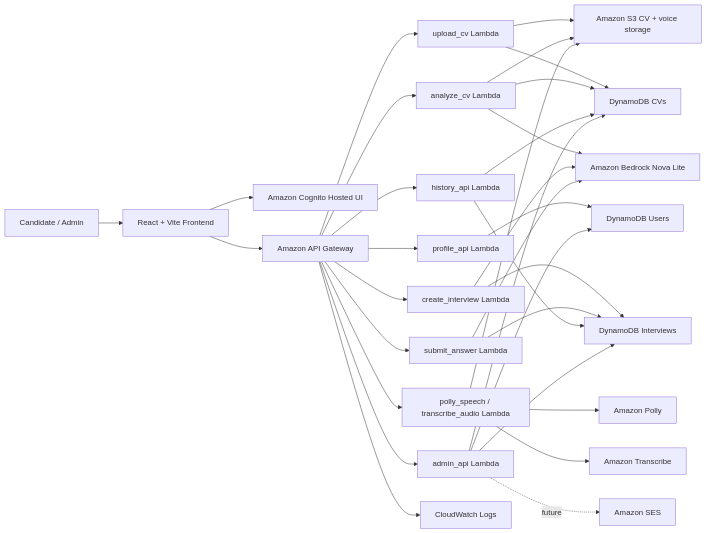
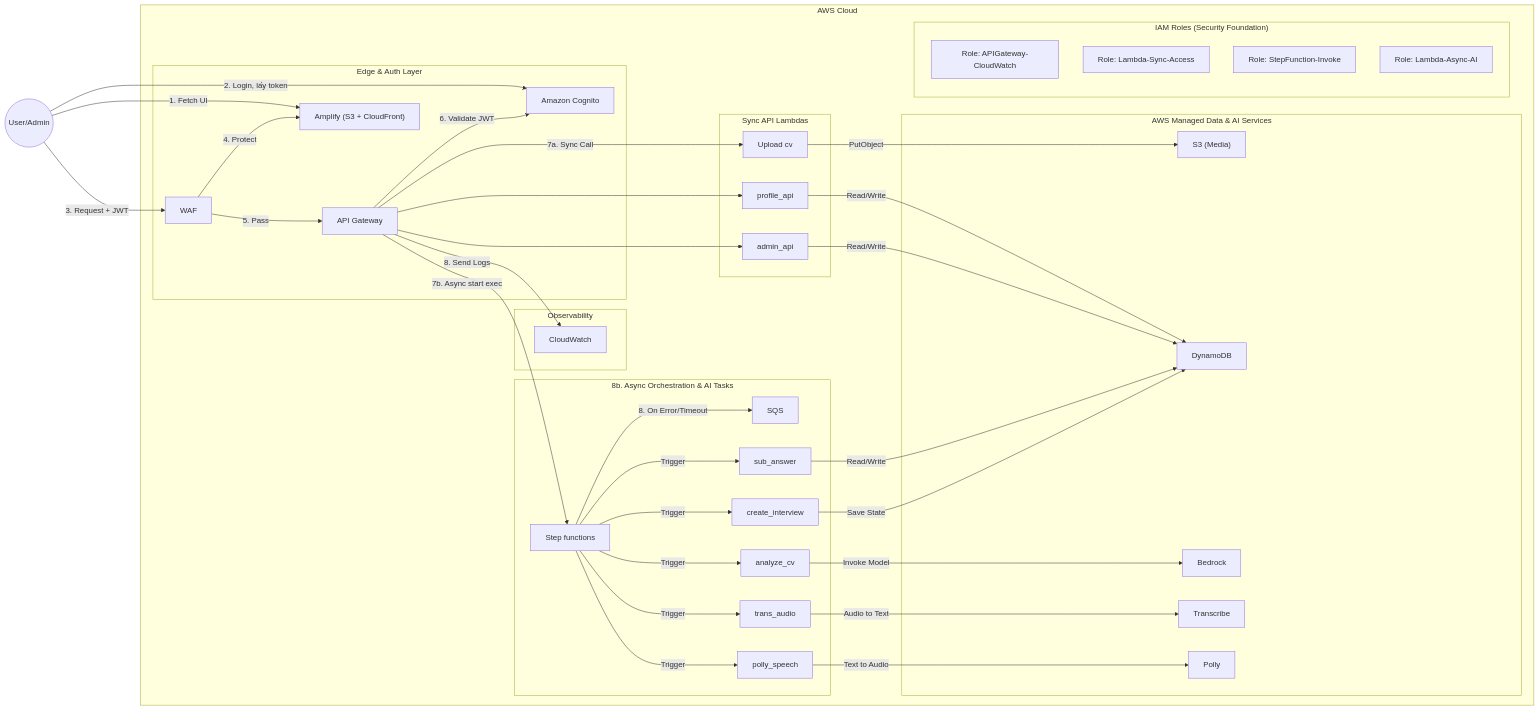
The diagram in content/2-Proposal/_index.vi.md (PhiLong1903/fcaj-workshop-NguyenPhiLong), drawn with Mermaid before and after one commit. The commit also changed other lines of this file and 1 other file, not shown here.

````diff
--- a/content/2-Proposal/_index.vi.md
+++ b/content/2-Proposal/_index.vi.md
@@ -36,39 +48,98 @@
 ```mermaid
 flowchart LR
-  User["Candidate / Admin"] --> Frontend["React + Vite Frontend"]
-  Frontend --> Cognito["Amazon Cognito Hosted UI"]
-  Frontend --> APIGW["Amazon API Gateway"]
+  %% Khai báo người dùng
+  User(("User/Admin"))
 
-  APIGW --> Upload["upload_cv Lambda"]
-  APIGW --> Analyze["analyze_cv Lambda"]
-  APIGW --> Profile["profile_api Lambda"]
-  APIGW --> CreateInterview["create_interview Lambda"]
-  APIGW --> SubmitAnswer["submit_answer Lambda"]
-  APIGW --> Voice["polly_speech / transcribe_audio Lambda"]
-  APIGW --> History["history_api Lambda"]
-  APIGW --> Admin["admin_api Lambda"]
+  %% Vùng biên giới AWS Cloud
+  subgraph AWS_Cloud["AWS Cloud"]
 
-  Upload --> S3["Amazon S3 CV + voice storage"]
-  Analyze --> S3
-  Voice --> S3
+    %% Lớp Edge & Auth
+    subgraph Edge_Auth["Edge & Auth Layer"]
+      WAF["WAF"]
+      APIGW["API Gateway"]
+      Amplify["Amplify (S3 + CloudFront)"]
+      Cognito["Amazon Cognito"]
+    end
 
-  Analyze --> Bedrock["Amazon Bedrock Nova Lite"]
-  CreateInterview --> Bedrock
-  SubmitAnswer --> Bedrock
+    %% Giám sát (Observability)
+    subgraph Observability["Observability"]
+      CloudWatch["CloudWatch"]
+    end
 
-  Profile --> Users["DynamoDB Users"]
-  Upload --> CVs["DynamoDB CVs"]
-  Analyze --> CVs
-  CreateInterview --> Interviews["DynamoDB Interviews"]
-  SubmitAnswer --> Interviews
-  History --> CVs
-  History --> Interviews
-  Admin --> Users
-  Admin --> CVs
-  Admin --> Interviews
+    %% Các Lambda xử lý đồng bộ
+    subgraph Sync_API["Sync API Lambdas"]
+      Lambda_UploadCV["Upload cv"]
+      Lambda_Profile["profile_api"]
+      Lambda_Admin["admin_api"]
+    end
 
-  Voice --> Polly["Amazon Polly"]
-  Voice --> Transcribe["Amazon Transcribe"]
-  Admin -. "future" .-> SES["Amazon SES"]
-  APIGW --> Logs["CloudWatch Logs"]
+    %% Xử lý bất đồng bộ & Tác vụ AI
+    subgraph Async_Tasks["8b. Async Orchestration & AI Tasks"]
+      StepFunctions["Step functions"]
+      SQS["SQS"]
+      Lambda_SubAnswer["sub_answer"]
+      Lambda_CreateInt["create_interview"]
+      Lambda_AnalyzeCV["analyze_cv"]
+      Lambda_TransAudio["trans_audio"]
+      Lambda_PollySpeech["polly_speech"]
+    end
+
+    %% Các dịch vụ Data & AI được AWS quản lý
+    subgraph Managed_Services["AWS Managed Data & AI Services"]
+      S3["S3 (Media)"]
+      DynamoDB["DynamoDB"]
+      Bedrock["Bedrock"]
+      Transcribe["Transcribe"]
+      Polly["Polly"]
+    end
+
+    %% Nền tảng bảo mật IAM
+    subgraph IAM["IAM Roles (Security Foundation)"]
+      Role1["Role: APIGateway-CloudWatch"]
+      Role2["Role: Lambda-Sync-Access"]
+      Role3["Role: StepFunction-Invoke"]
+      Role4["Role: Lambda-Async-AI"]
+    end
+  end
+
+  %% --- CÁC LUỒNG TƯƠNG TÁC (FLOWS) ---
+
+  %% Tương tác từ phía người dùng
+  User -- "1. Fetch UI" --> Amplify
+  User -- "2. Login, lấy token" --> Cognito
+  User -- "3. Request + JWT" --> WAF
+
+  %% Luồng trong Edge & Auth Layer
+  WAF -- "4. Protect" --> Amplify
+  WAF -- "5. Pass" --> APIGW
+  APIGW -- "6. Validate JWT" --> Cognito
+
+  %% Luồng ghi log
+  APIGW -- "8. Send Logs" --> CloudWatch
+
+  %% Luồng gọi API đồng bộ (Sync Call)
+  APIGW -- "7a. Sync Call" --> Lambda_UploadCV
+  APIGW --> Lambda_Profile
+  APIGW --> Lambda_Admin
+
+  Lambda_UploadCV -- "PutObject" --> S3
+  Lambda_Profile -- "Read/Write" --> DynamoDB
+  Lambda_Admin -- "Read/Write" --> DynamoDB
+
+  %% Luồng gọi API bất đồng bộ (Async Execution)
+  APIGW -- "7b. Async start exec" --> StepFunctions
+  
+  StepFunctions -- "8. On Error/Timeout" --> SQS
+  StepFunctions -- "Trigger" --> Lambda_SubAnswer
+  StepFunctions -- "Trigger" --> Lambda_CreateInt
+  StepFunctions -- "Trigger" --> Lambda_AnalyzeCV
+  StepFunctions -- "Trigger" --> Lambda_TransAudio
+  StepFunctions -- "Trigger" --> Lambda_PollySpeech
+
+  %% Tương tác của các tác vụ AI với dịch vụ Managed Services
+  Lambda_SubAnswer -- "Read/Write" --> DynamoDB
+  Lambda_CreateInt -- "Save State" --> DynamoDB
+  Lambda_AnalyzeCV -- "Invoke Model" --> Bedrock
+  Lambda_TransAudio -- "Audio to Text" --> Transcribe
+  Lambda_PollySpeech -- "Text to Audio" --> Polly
 ```
````
